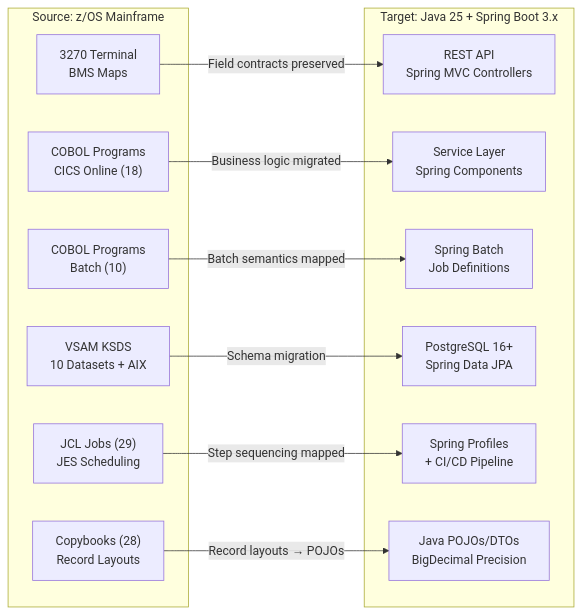
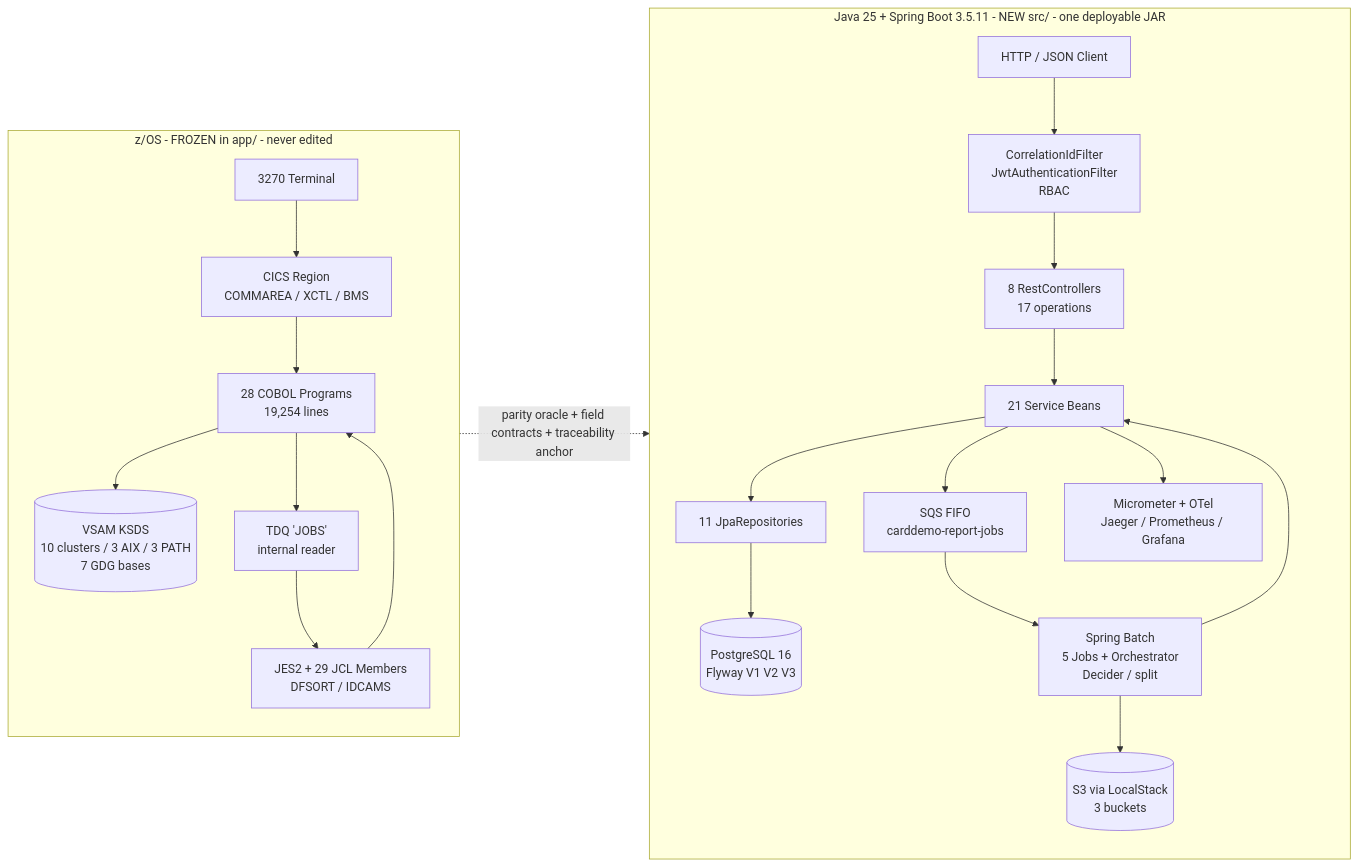
One commit to Blitzy-Sandbox/blitzy-card-demo changed the diagram in docs/technical-specifications.md. Above: the diagram before and after it, drawn with Mermaid. The commit also changed other lines of this file and 26 other files, not shown here.

First line of the commit message:
feat(model): add JPA entities, composite keys and REST DTOs

````diff
--- a/docs/technical-specifications.md
+++ b/docs/technical-specifications.md
@@ -44,27 +99,26 @@
 ```mermaid
 graph LR
-    subgraph COBOL_Source["Source: z/OS Mainframe"]
-        A1["3270 Terminal<br/>BMS Maps"]
-        A2["COBOL Programs<br/>CICS Online (18)"]
-        A3["COBOL Programs<br/>Batch (10)"]
-        A4["VSAM KSDS<br/>10 Datasets + AIX"]
-        A5["JCL Jobs (29)<br/>JES Scheduling"]
-        A6["Copybooks (28)<br/>Record Layouts"]
+    subgraph LEGACY["z/OS - FROZEN in app/ - never edited"]
+        T["3270 Terminal"] --> C["CICS Region<br/>COMMAREA / XCTL / BMS"]
+        C --> P["28 COBOL Programs<br/>19,254 lines"]
+        P --> V[("VSAM KSDS<br/>10 clusters / 3 AIX / 3 PATH<br/>7 GDG bases")]
+        J["JES2 + 29 JCL Members<br/>DFSORT / IDCAMS"] --> P
+        P --> Q["TDQ 'JOBS'<br/>internal reader"]
+        Q --> J
     end
 
-    subgraph Java_Target["Target: Java 25 + Spring Boot 3.x"]
-        B1["REST API<br/>Spring MVC Controllers"]
-        B2["Service Layer<br/>Spring Components"]
-        B3["Spring Batch<br/>Job Definitions"]
-        B4["PostgreSQL 16+<br/>Spring Data JPA"]
-        B5["Spring Profiles<br/>+ CI/CD Pipeline"]
-        B6["Java POJOs/DTOs<br/>BigDecimal Precision"]
+    subgraph TARGET["Java 25 + Spring Boot 3.5.11 - NEW src/ - one deployable JAR"]
+        H["HTTP / JSON Client"] --> F["CorrelationIdFilter<br/>JwtAuthenticationFilter<br/>RBAC"]
+        F --> R["8 RestControllers<br/>17 operations"]
+        R --> S["21 Service Beans"]
+        S --> RP["11 JpaRepositories"]
+        RP --> PG[("PostgreSQL 16<br/>Flyway V1 V2 V3")]
+        B["Spring Batch<br/>5 Jobs + Orchestrator<br/>Decider / split"] --> S
+        S --> SQ["SQS FIFO<br/>carddemo-report-jobs"]
+        SQ --> B
+        B --> S3[("S3 via LocalStack<br/>3 buckets")]
+        S --> OBS["Micrometer + OTel<br/>Jaeger / Prometheus / Grafana"]
     end
 
-    A1 -->|"Field contracts preserved"| B1
-    A2 -->|"Business logic migrated"| B2
-    A3 -->|"Batch semantics mapped"| B3
-    A4 -->|"Schema migration"| B4
-    A5 -->|"Step sequencing mapped"| B5
-    A6 -->|"Record layouts → POJOs"| B6
+    LEGACY -. "parity oracle + field contracts + traceability anchor" .-> TARGET
 ```
````
